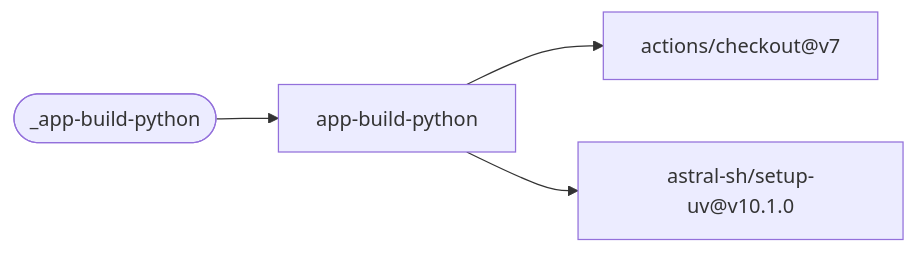
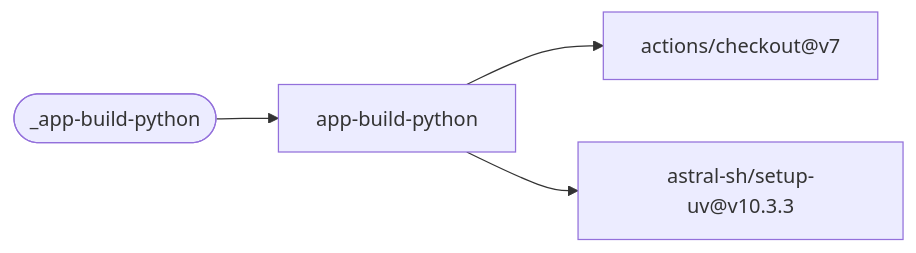
One commit to f2calv/gha-workflows changed the fourth of 14 diagrams in README.md. Above: the diagram before and after it, drawn with Mermaid. The commit also changed other lines of this file and 14 other files, not shown here.

````diff
--- a/README.md
+++ b/README.md
@@ -266,7 +264,7 @@
 ```mermaid
-flowchart LR
+graph LR
     classDef f2calv fill:#dbeafe,stroke:#2563eb,color:#1e3a5f
     W(["_app-build-python"]) --> J["app-build-python"]
     J --> A1["actions/checkout@v7"]
-    J --> A2["astral-sh/setup-uv@v10.1.0"]
+    J --> A2["astral-sh/setup-uv@v10.3.3"]
 ```
````
